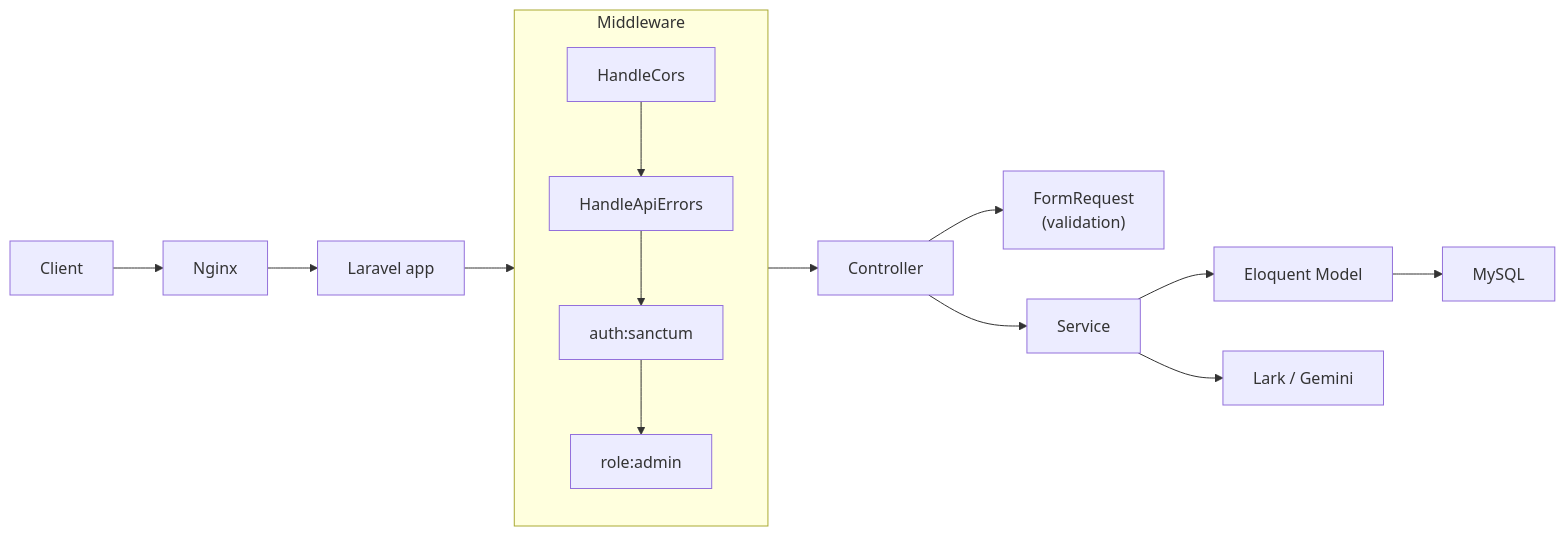
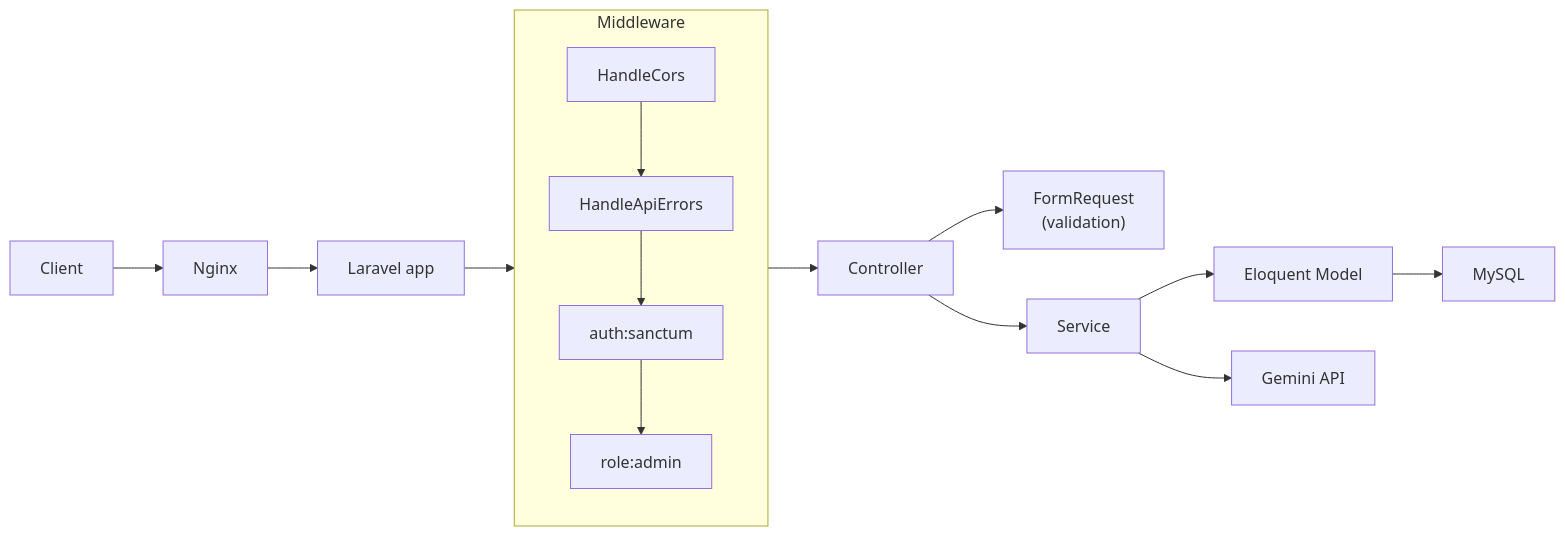
One commit to dangvu2405/Ship-app-api changed the first of 2 diagrams in docs/PROJECT_OVERVIEW.md. Above: the diagram before and after it, drawn with Mermaid. The commit also changed other lines of this file and 35 other files, not shown here.

````diff
--- a/docs/PROJECT_OVERVIEW.md
+++ b/docs/PROJECT_OVERVIEW.md
@@ -48,19 +48,19 @@
 ```mermaid
 flowchart LR
     Client --> Nginx
     Nginx --> Laravel["Laravel app"]
 
     subgraph middleware_stack [Middleware]
         HandleCors --> HandleApiErrors
         HandleApiErrors --> AuthSanctum["auth:sanctum"]
         AuthSanctum --> RoleMiddleware["role:admin"]
     end
 
     Laravel --> middleware_stack
     middleware_stack --> Controller
     Controller --> FormRequest["FormRequest\n(validation)"]
     Controller --> Service
     Service --> Model["Eloquent Model"]
     Model --> MySQL
-    Service --> ExternalAPI["Lark / Gemini"]
+    Service --> ExternalAPI["Gemini API"]
 ```
````
